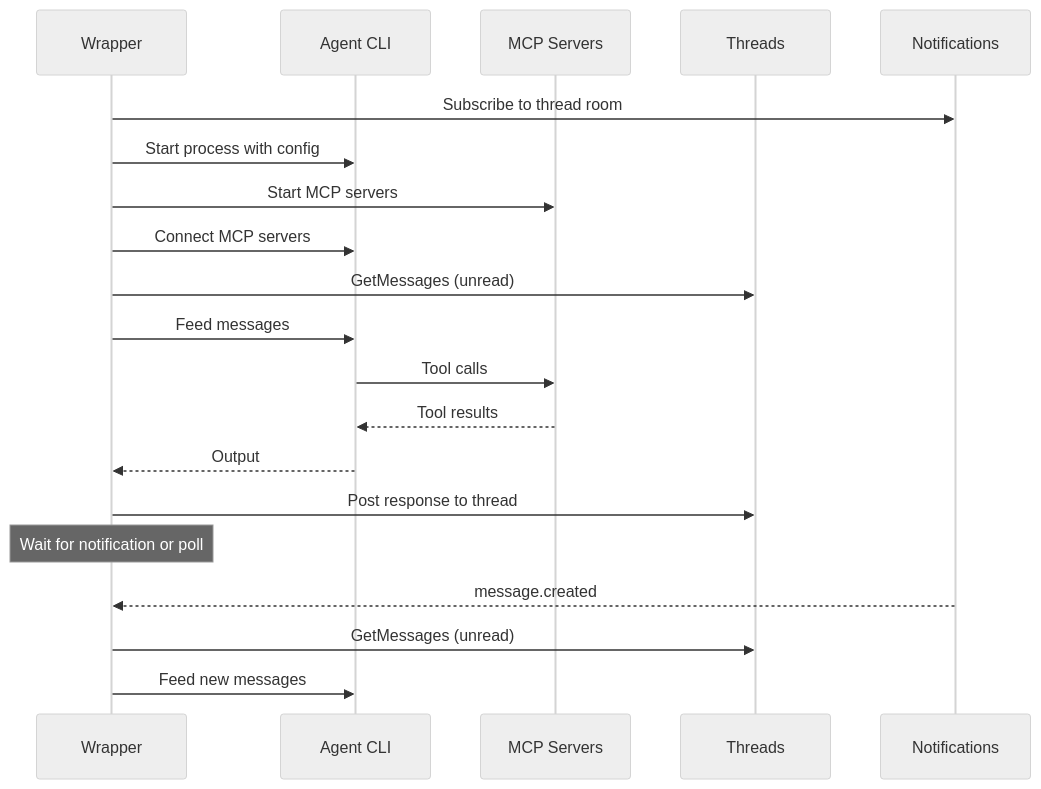
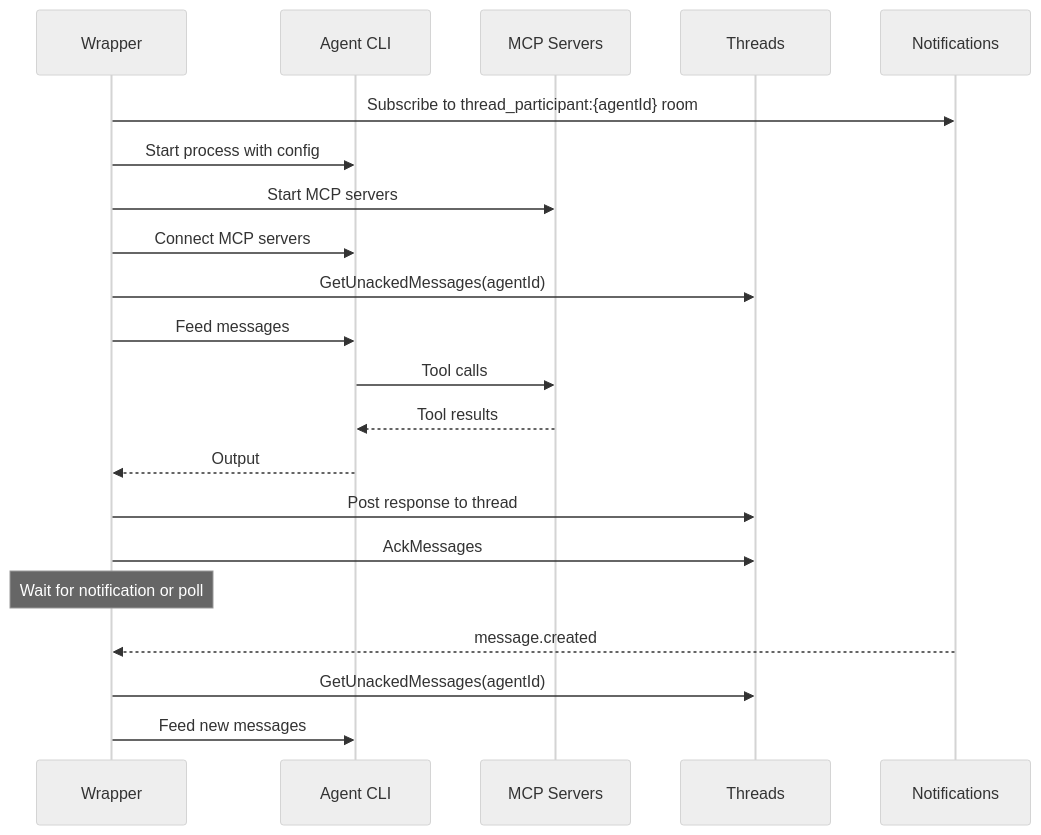
One commit to agynio/architecture changed the third of 4 diagrams in architecture/agent/overview.md. Above: the diagram before and after it, drawn with Mermaid (neutral theme). The commit also changed other lines of this file and 9 other files, not shown here.

````diff
--- a/architecture/agent/overview.md
+++ b/architecture/agent/overview.md
@@ -104,23 +108,24 @@
 ```mermaid
 sequenceDiagram
     participant W as Wrapper
     participant CLI as Agent CLI
     participant MCP as MCP Servers
     participant T as Threads
     participant N as Notifications
 
-    W->>N: Subscribe to thread room
+    W->>N: Subscribe to thread_participant:{agentId} room
     W->>CLI: Start process with config
     W->>MCP: Start MCP servers
     W->>CLI: Connect MCP servers
-    W->>T: GetMessages (unread)
+    W->>T: GetUnackedMessages(agentId)
     W->>CLI: Feed messages
     CLI->>MCP: Tool calls
     MCP-->>CLI: Tool results
     CLI-->>W: Output
     W->>T: Post response to thread
+    W->>T: AckMessages
     Note over W: Wait for notification or poll
     N-->>W: message.created
-    W->>T: GetMessages (unread)
+    W->>T: GetUnackedMessages(agentId)
     W->>CLI: Feed new messages
 ```
````
